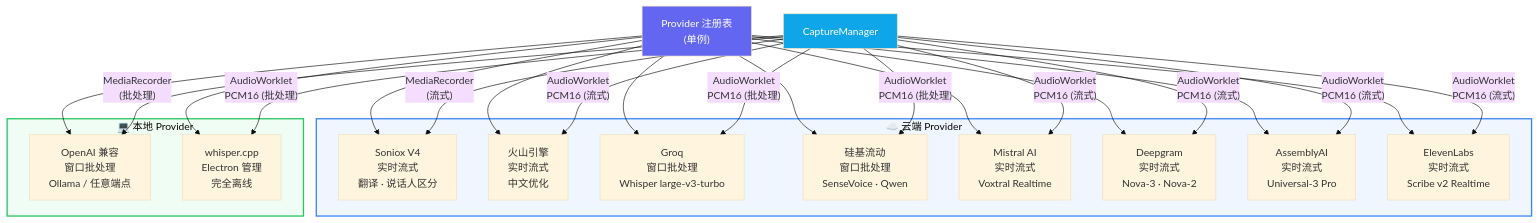
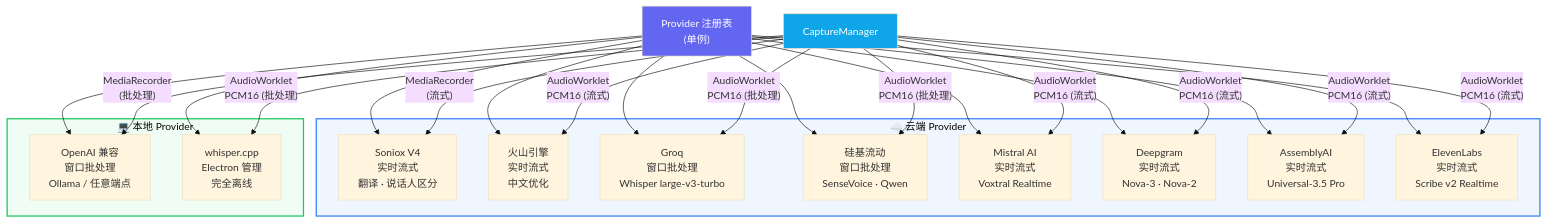
The fourth of 4 diagrams in docs/zh/architecture/overview.md (XimilalaXiang/DeLive), drawn with Mermaid (base theme) before and after one commit. The commit also changed 27 other files, not shown here.

````diff
--- a/docs/zh/architecture/overview.md
+++ b/docs/zh/architecture/overview.md
@@ -104,32 +104,32 @@
 ```mermaid
 flowchart TB
   subgraph cloud["☁️ 云端 Provider"]
     soniox["Soniox V4\n实时流式\n翻译 · 说话人区分"]
     volc["火山引擎\n实时流式\n中文优化"]
     groq["Groq\n窗口批处理\nWhisper large-v3-turbo"]
     silicon["硅基流动\n窗口批处理\nSenseVoice · Qwen"]
     mistral["Mistral AI\n实时流式\nVoxtral Realtime"]
     deepgram["Deepgram\n实时流式\nNova-3 · Nova-2"]
-    assemblyai["AssemblyAI\n实时流式\nUniversal-3 Pro"]
+    assemblyai["AssemblyAI\n实时流式\nUniversal-3.5 Pro"]
     elevenlabs["ElevenLabs\n实时流式\nScribe v2 Realtime"]
   end
 
   subgraph local["💻 本地 Provider"]
     openai["OpenAI 兼容\n窗口批处理\nOllama / 任意端点"]
     whisper["whisper.cpp\nElectron 管理\n完全离线"]
   end
 
   registry["Provider 注册表\n(单例)"]
   capture["CaptureManager"]
 
   registry --> soniox & volc & groq & silicon & mistral & deepgram & assemblyai & elevenlabs & openai & whisper
   capture -->|"MediaRecorder\n(流式)"| soniox
   capture -->|"AudioWorklet\nPCM16 (流式)"| volc & mistral & deepgram & assemblyai & elevenlabs
   capture -->|"AudioWorklet\nPCM16 (批处理)"| groq & silicon & whisper
   capture -->|"MediaRecorder\n(批处理)"| openai
 
   style registry fill:#6366f1,color:#fff
   style capture fill:#0ea5e9,color:#fff
   style cloud fill:#eff6ff,stroke:#3b82f6,stroke-width:2px
   style local fill:#f0fdf4,stroke:#22c55e,stroke-width:2px
 ```
````
